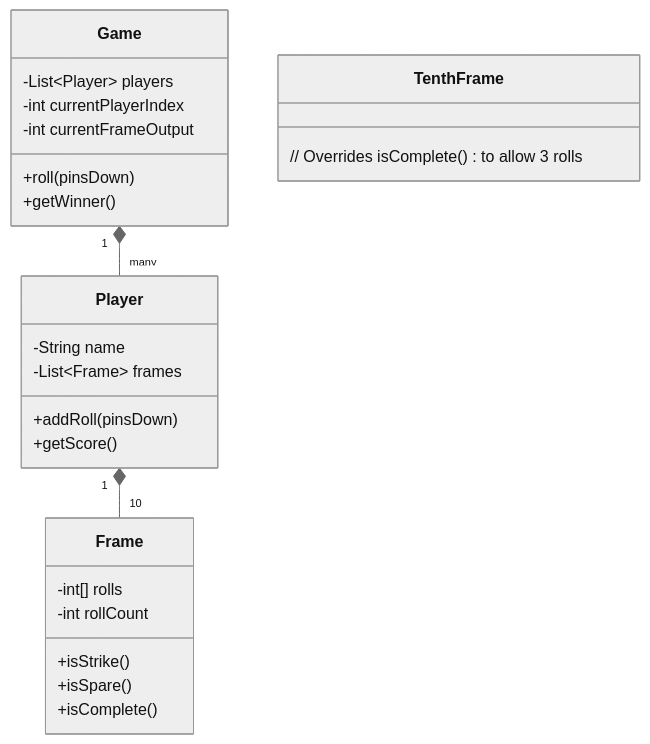
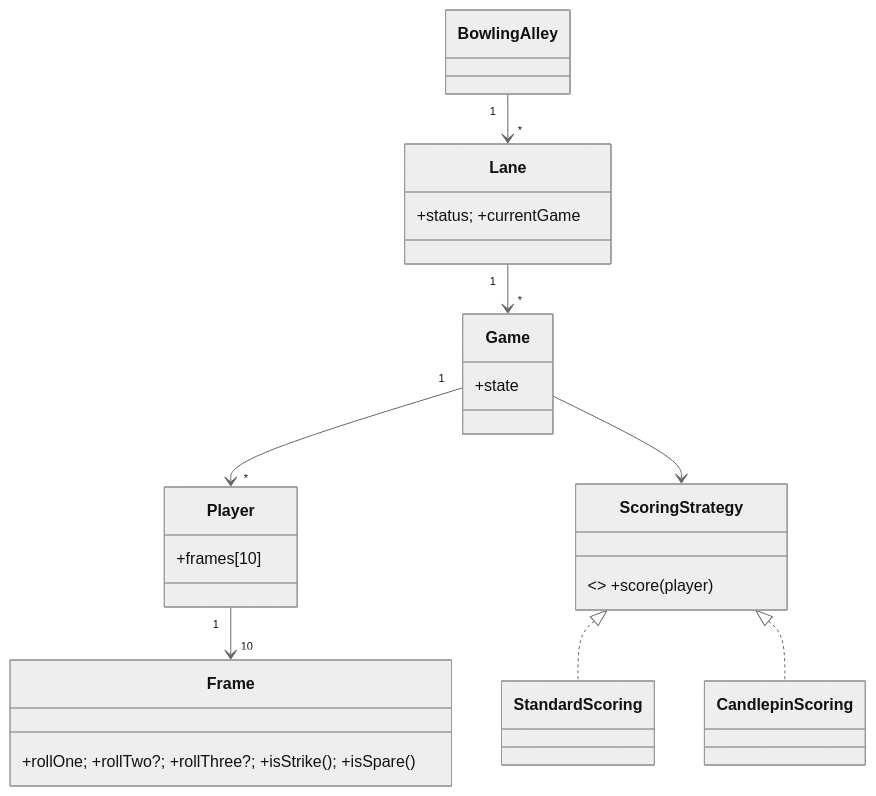
One commit to pidwid/InterviewPrepHub changed the diagram in Notes/LowLevelDesign/Solutions/Solution-Bowling-Alley.md. Above: the diagram before and after it, drawn with Mermaid (neutral theme). The commit also changed other lines of this file and 4 other files, not shown here.

````diff
--- a/Notes/LowLevelDesign/Solutions/Solution-Bowling-Alley.md
+++ b/Notes/LowLevelDesign/Solutions/Solution-Bowling-Alley.md
@@ -29,32 +44,18 @@
 ```mermaid
 classDiagram
-    class Game {
-        -List~Player~ players
-        -int currentPlayerIndex
-        -int currentFrameOutput
-        +roll(pinsDown)
-        +getWinner()
-    }
-
-    class Player {
-        -String name
-        -List~Frame~ frames
-        +addRoll(pinsDown)
-        +getScore()
-    }
-
-    class Frame {
-        -int[] rolls
-        -int rollCount
-        +isStrike()
-        +isSpare()
-        +isComplete()
-    }
-
-    class TenthFrame {
-        // Overrides isComplete() to allow 3 rolls
-    }
-
-    Game "1" *-- "many" Player
-    Player "1" *-- "10" Frame
+  class BowlingAlley
+  class Lane { +status; +currentGame }
+  class Game { +state }
+  class Player { +frames[10] }
+  class Frame { +rollOne; +rollTwo?; +rollThree?; +isStrike(); +isSpare() }
+  class ScoringStrategy { <<interface>> +score(player) }
+  class StandardScoring
+  class CandlepinScoring
+  BowlingAlley "1" --> "*" Lane
+  Lane "1" --> "*" Game
+  Game "1" --> "*" Player
+  Player "1" --> "10" Frame
+  Game --> ScoringStrategy
+  ScoringStrategy <|.. StandardScoring
+  ScoringStrategy <|.. CandlepinScoring
 ```
````
